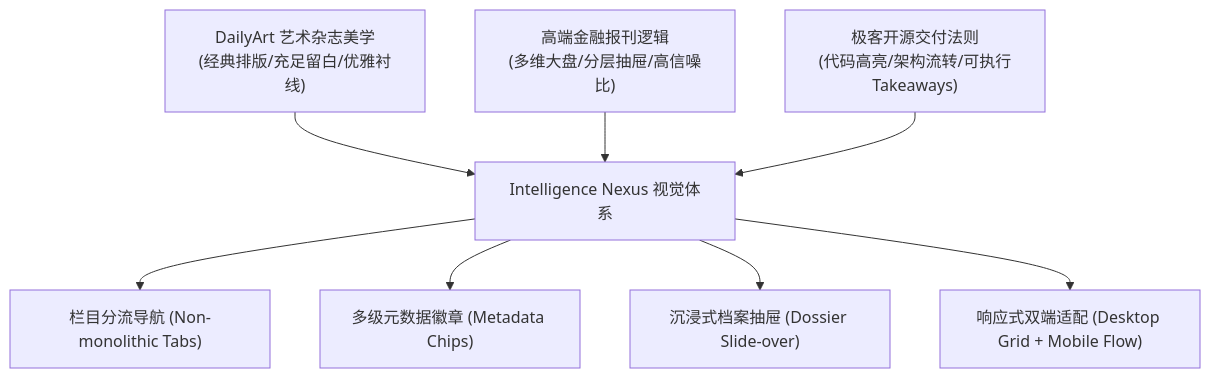
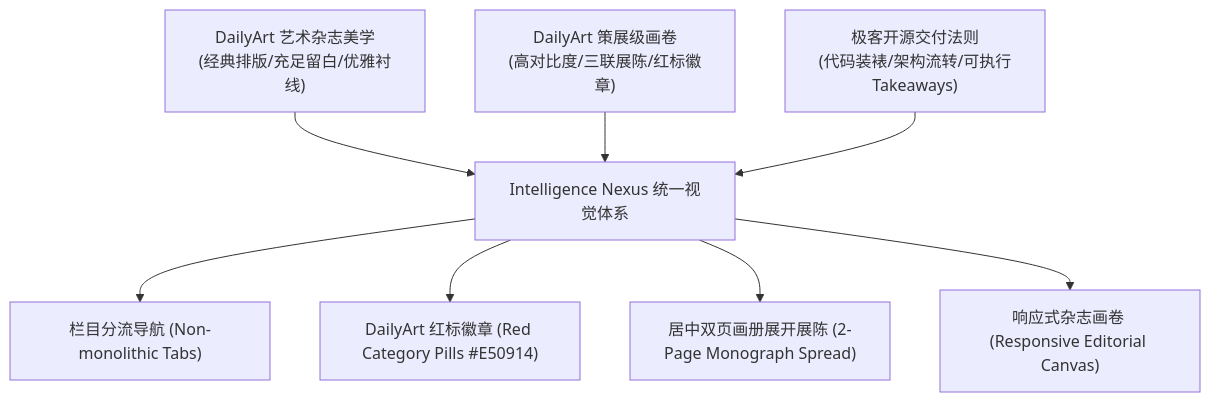
The diagram in docs/design-and-content-system.md (frogintr/intelligence-nexus), drawn with Mermaid before and after one commit. The commit also changed other lines of this file and 11 other files, not shown here.

Commit message:
style: enforce 100% pure DailyArt Magazine vernacular and purge FT styling

````diff
--- a/docs/design-and-content-system.md
+++ b/docs/design-and-content-system.md
@@ -13,11 +13,11 @@
 ```mermaid
 graph TD
-    A["DailyArt 艺术杂志美学<br/>(经典排版/充足留白/优雅衬线)"] --> M["Intelligence Nexus 视觉体系"]
-    B["高端金融报刊逻辑<br/>(多维大盘/分层抽屉/高信噪比)"] --> M
-    C["极客开源交付法则<br/>(代码高亮/架构流转/可执行Takeaways)"] --> M
+    A["DailyArt 艺术杂志美学<br/>(经典排版/充足留白/优雅衬线)"] --> M["Intelligence Nexus 统一视觉体系"]
+    B["DailyArt 策展级画卷<br/>(高对比度/三联展陈/红标徽章)"] --> M
+    C["极客开源交付法则<br/>(代码装裱/架构流转/可执行Takeaways)"] --> M
     
     M --> D["栏目分流导航 (Non-monolithic Tabs)"]
-    M --> E["多级元数据徽章 (Metadata Chips)"]
-    M --> F["沉浸式档案抽屉 (Dossier Slide-over)"]
-    M --> G["响应式双端适配 (Desktop Grid + Mobile Flow)"]
+    M --> E["DailyArt 红标徽章 (Red Category Pills #E50914)"]
+    M --> F["居中双页画册展开展陈 (2-Page Monograph Spread)"]
+    M --> G["响应式杂志画卷 (Responsive Editorial Canvas)"]
 ```
````
